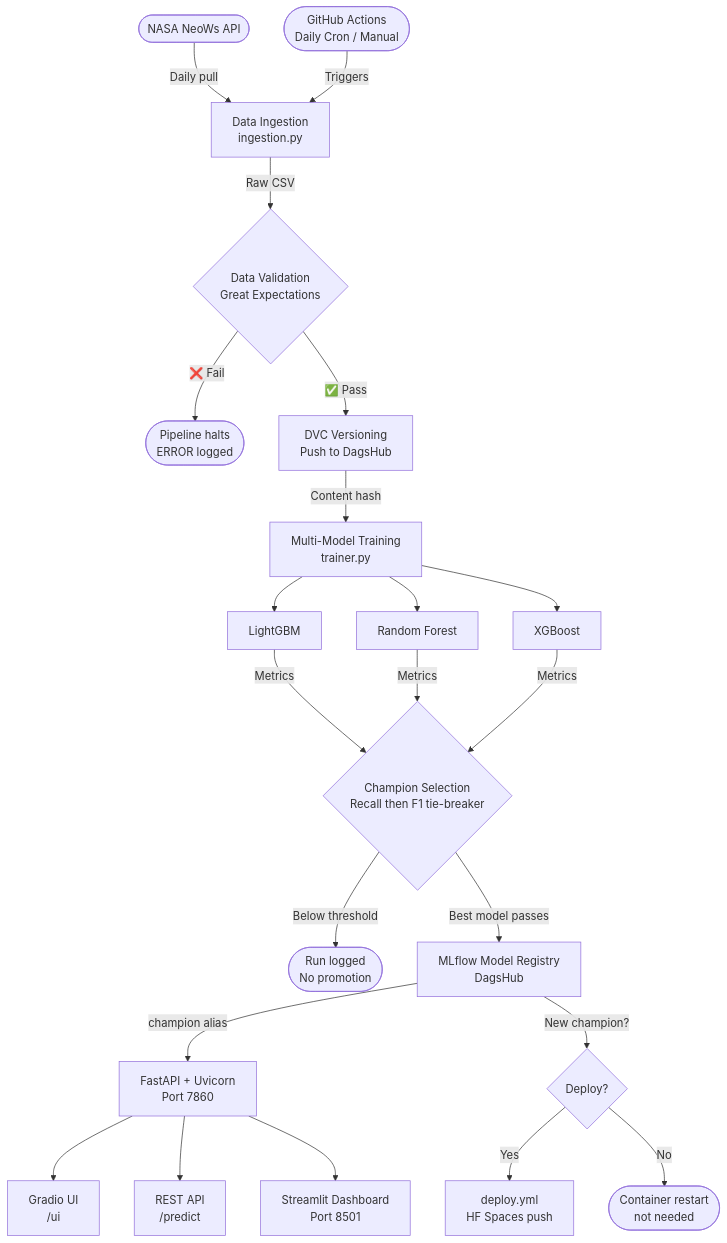
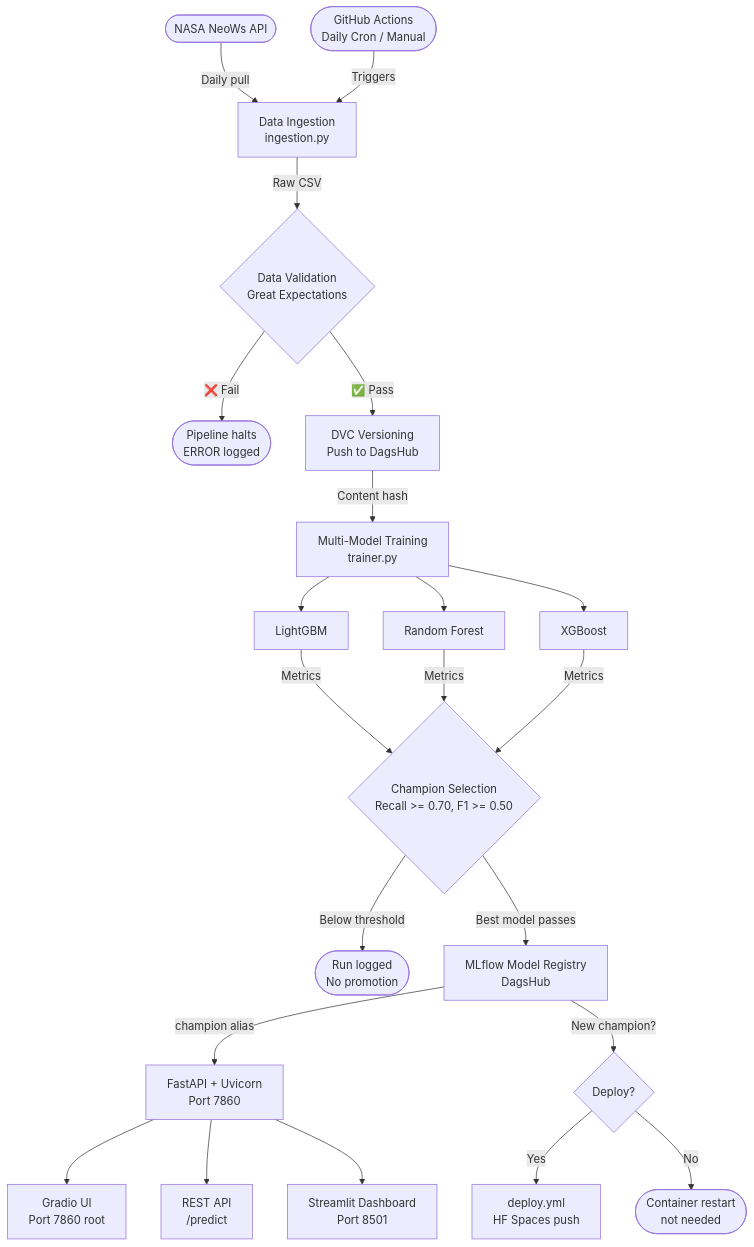
One commit to Govinthan-KS/NEO-Sentinel-Autonomous-Asteroid-Hazard-Classification-System changed the diagram in README.md. Above: the diagram before and after it, drawn with Mermaid. The commit also changed other lines of this file, not shown here.

Commit message:
Correct thresholds and Gradio UI endpoint in README - Thresholds updated to current values (0.70/0.50/0.80) vs production   targets (0.90/0.85/0.92) — all 5 occurrences across table, diagram, pipeline - Gradio UI endpoint: /ui → / (mounted at root)

````diff
--- a/README.md
+++ b/README.md
@@ -43,26 +43,26 @@
 ```mermaid
 flowchart TD
     A([NASA NeoWs API]) -->|Daily pull| B[Data Ingestion\ningestion.py]
     B -->|Raw CSV| C{Data Validation\nGreat Expectations}
     C -->|❌ Fail| D([Pipeline halts\nERROR logged])
     C -->|✅ Pass| E[DVC Versioning\nPush to DagsHub]
     E -->|Content hash| F[Multi-Model Training\ntrainer.py]
 
     F --> G[LightGBM]
     F --> H[Random Forest]
     F --> I[XGBoost]
 
-    G & H & I -->|Metrics| J{Champion Selection\nRecall then F1 tie-breaker}
+    G & H & I -->|Metrics| J{Champion Selection\nRecall >= 0.70, F1 >= 0.50}
     J -->|Below threshold| K([Run logged\nNo promotion])
     J -->|Best model passes| L[MLflow Model Registry\nDagsHub]
 
     L -->|champion alias| M[FastAPI + Uvicorn\nPort 7860]
-    M --> N[Gradio UI\n/ui]
+    M --> N[Gradio UI\nPort 7860 root]
     M --> O[REST API\n/predict]
     M --> P[Streamlit Dashboard\nPort 8501]
 
     Q([GitHub Actions\nDaily Cron / Manual]) -->|Triggers| B
     L -->|New champion?| R{Deploy?}
     R -->|Yes| S[deploy.yml\nHF Spaces push]
     R -->|No| T([Container restart\nnot needed])
 ```
````
